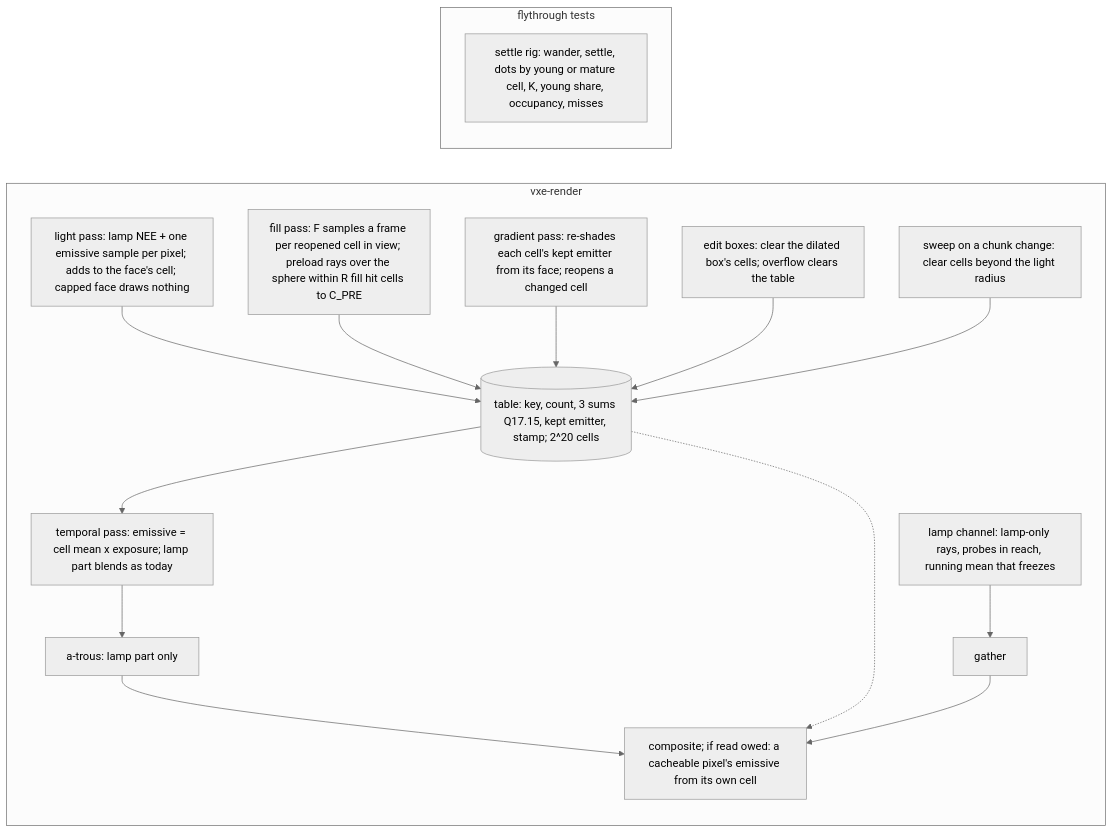
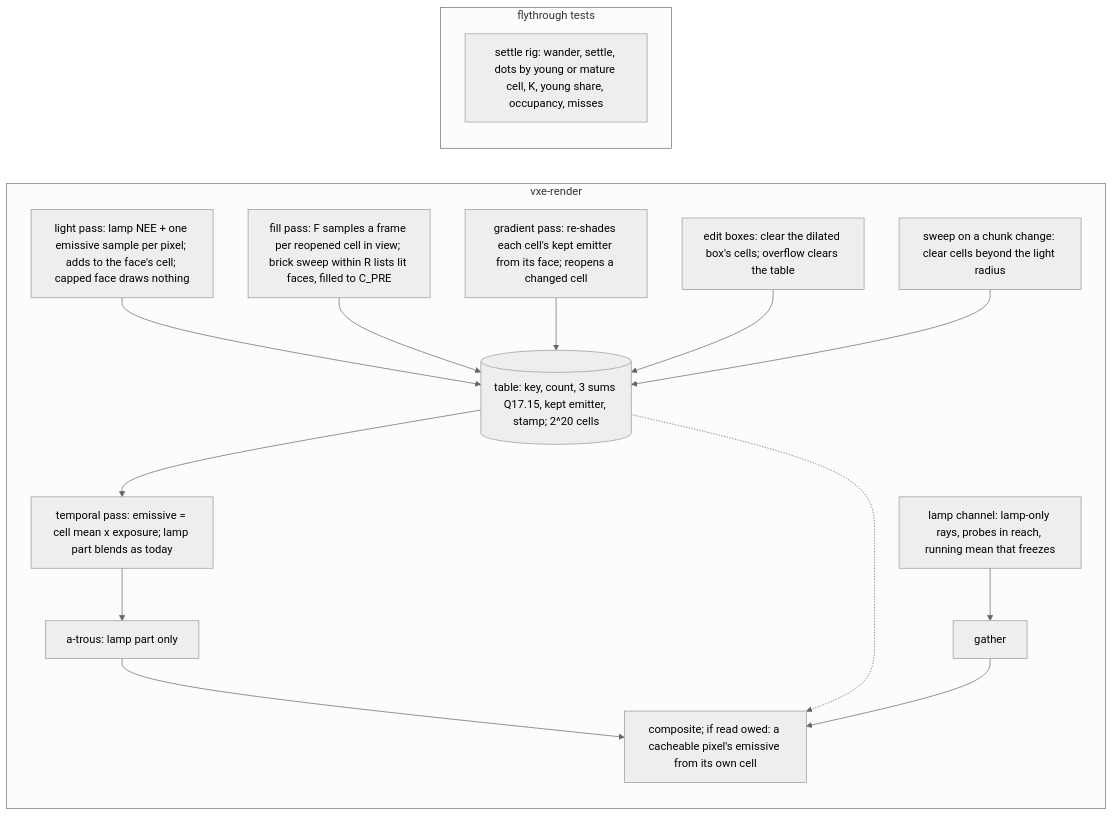
One commit to IgorKonovalov/voxel-engine changed the diagram in docs/plans/0057-steady-light-the-per-face-table-as-the-emissive-store-and-a-lamp-bounce-channel.md. Above: the diagram before and after it, drawn with Mermaid (neutral theme). The commit also changed other lines of this file, not shown here.

First line of the commit message:
docs(plans): amend plan 0057 part 2b's preload form from the visibility reading

````diff
--- a/docs/plans/0057-steady-light-the-per-face-table-as-the-emissive-store-and-a-lamp-bounce-channel.md
+++ b/docs/plans/0057-steady-light-the-per-face-table-as-the-emissive-store-and-a-lamp-bounce-channel.md
@@ -180,17 +200,17 @@
 ```mermaid
 flowchart LR
     subgraph vxe-render
         LP[light pass: lamp NEE + one emissive sample per pixel; adds to the face's cell; capped face draws nothing] --> T[(table: key, count, 3 sums Q17.15, kept emitter, stamp; 2^20 cells)]
-        FP[fill pass: F samples a frame per reopened cell in view; preload rays over the sphere within R fill hit cells to C_PRE] --> T
+        FP[fill pass: F samples a frame per reopened cell in view; brick sweep within R lists lit faces, filled to C_PRE] --> T
         G[gradient pass: re-shades each cell's kept emitter from its face; reopens a changed cell] --> T
         E[edit boxes: clear the dilated box's cells; overflow clears the table] --> T
         S[sweep on a chunk change: clear cells beyond the light radius] --> T
         T --> TP[temporal pass: emissive = cell mean x exposure; lamp part blends as today]
         TP --> AT[a-trous: lamp part only] --> C[composite; if read owed: a cacheable pixel's emissive from its own cell]
         T -.-> C
         PU[lamp channel: lamp-only rays, probes in reach, running mean that freezes] --> PG[gather] --> C
     end
     subgraph flythrough tests
         R[settle rig: wander, settle, dots by young or mature cell, K, young share, occupancy, misses]
     end
 ```
````
